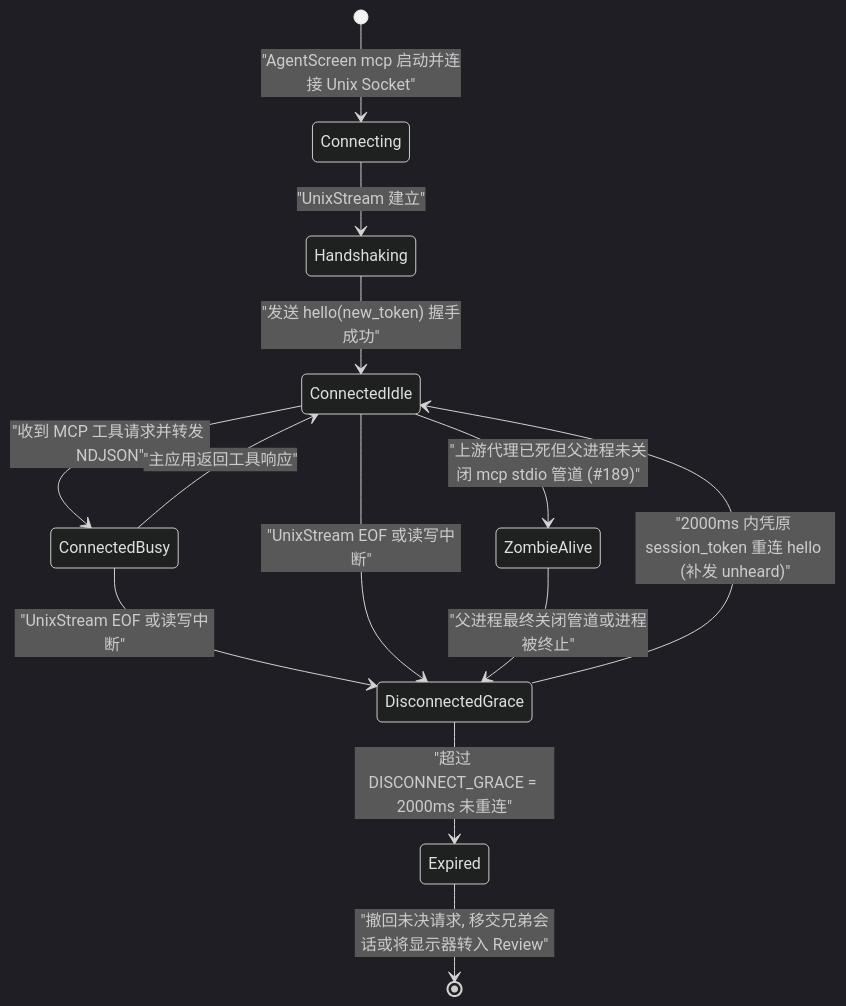
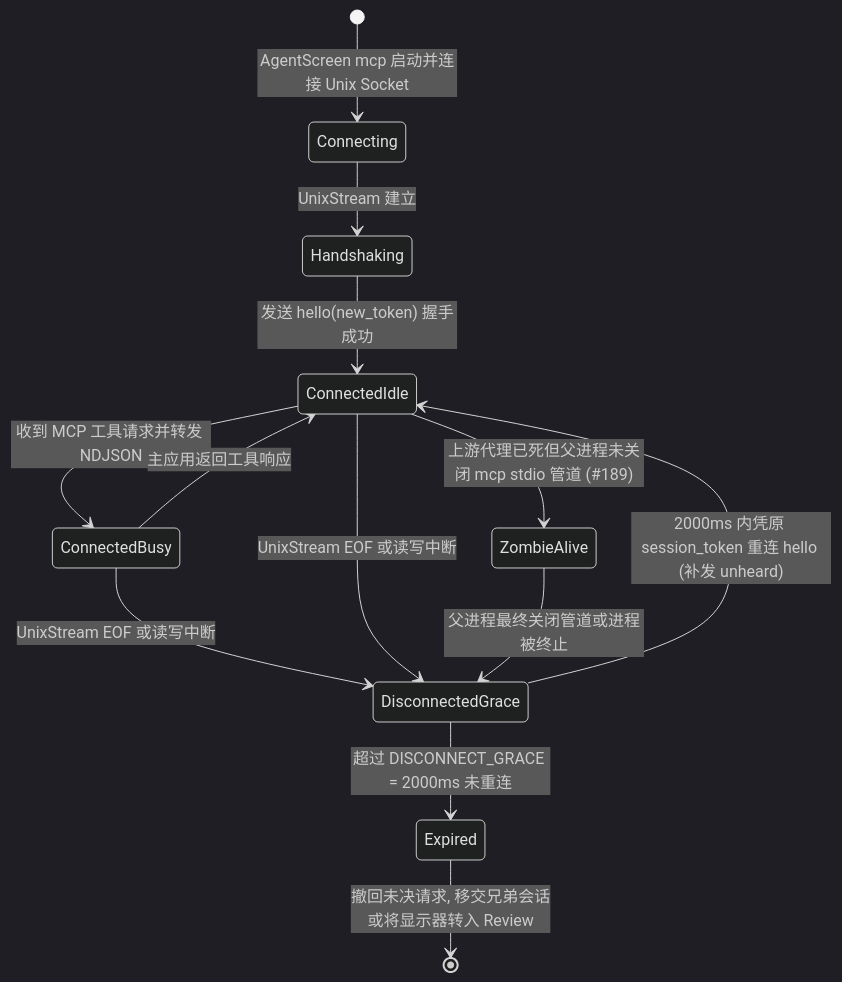
The diagram in docs/flows/sm-03-session-and-connection.md (Fanzzzd/agent-screen), drawn with Mermaid (dark theme) before and after one commit. The commit also changed 14 other files, not shown here.

Commit message:
The flow maps' Mermaid labels drop quotes, semicolons and inner colons, which stopped four diagrams from rendering

````diff
--- a/docs/flows/sm-03-session-and-connection.md
+++ b/docs/flows/sm-03-session-and-connection.md
@@ -7,20 +7,20 @@
 ```mermaid
 stateDiagram-v2
-    [*] --> Connecting : "AgentScreen mcp 启动并连接 Unix Socket"
-    Connecting --> Handshaking : "UnixStream 建立"
-    Handshaking --> ConnectedIdle : "发送 hello(new_token) 握手成功"
+    [*] --> Connecting : AgentScreen mcp 启动并连接 Unix Socket
+    Connecting --> Handshaking : UnixStream 建立
+    Handshaking --> ConnectedIdle : 发送 hello(new_token) 握手成功
 
-    ConnectedIdle --> ConnectedBusy : "收到 MCP 工具请求并转发 NDJSON"
-    ConnectedBusy --> ConnectedIdle : "主应用返回工具响应"
+    ConnectedIdle --> ConnectedBusy : 收到 MCP 工具请求并转发 NDJSON
+    ConnectedBusy --> ConnectedIdle : 主应用返回工具响应
 
-    ConnectedBusy --> DisconnectedGrace : "UnixStream EOF 或读写中断"
-    ConnectedIdle --> DisconnectedGrace : "UnixStream EOF 或读写中断"
+    ConnectedBusy --> DisconnectedGrace : UnixStream EOF 或读写中断
+    ConnectedIdle --> DisconnectedGrace : UnixStream EOF 或读写中断
 
-    DisconnectedGrace --> ConnectedIdle : "2000ms 内凭原 session_token 重连 hello (补发 unheard)"
-    DisconnectedGrace --> Expired : "超过 DISCONNECT_GRACE = 2000ms 未重连"
+    DisconnectedGrace --> ConnectedIdle : 2000ms 内凭原 session_token 重连 hello (补发 unheard)
+    DisconnectedGrace --> Expired : 超过 DISCONNECT_GRACE = 2000ms 未重连
 
-    ConnectedIdle --> ZombieAlive : "上游代理已死但父进程未关闭 mcp stdio 管道 (#189)"
-    ZombieAlive --> DisconnectedGrace : "父进程最终关闭管道或进程被终止"
+    ConnectedIdle --> ZombieAlive : 上游代理已死但父进程未关闭 mcp stdio 管道 (#189)
+    ZombieAlive --> DisconnectedGrace : 父进程最终关闭管道或进程被终止
 
-    Expired --> [*] : "撤回未决请求, 移交兄弟会话或将显示器转入 Review"
+    Expired --> [*] : 撤回未决请求, 移交兄弟会话或将显示器转入 Review
 ```
````
